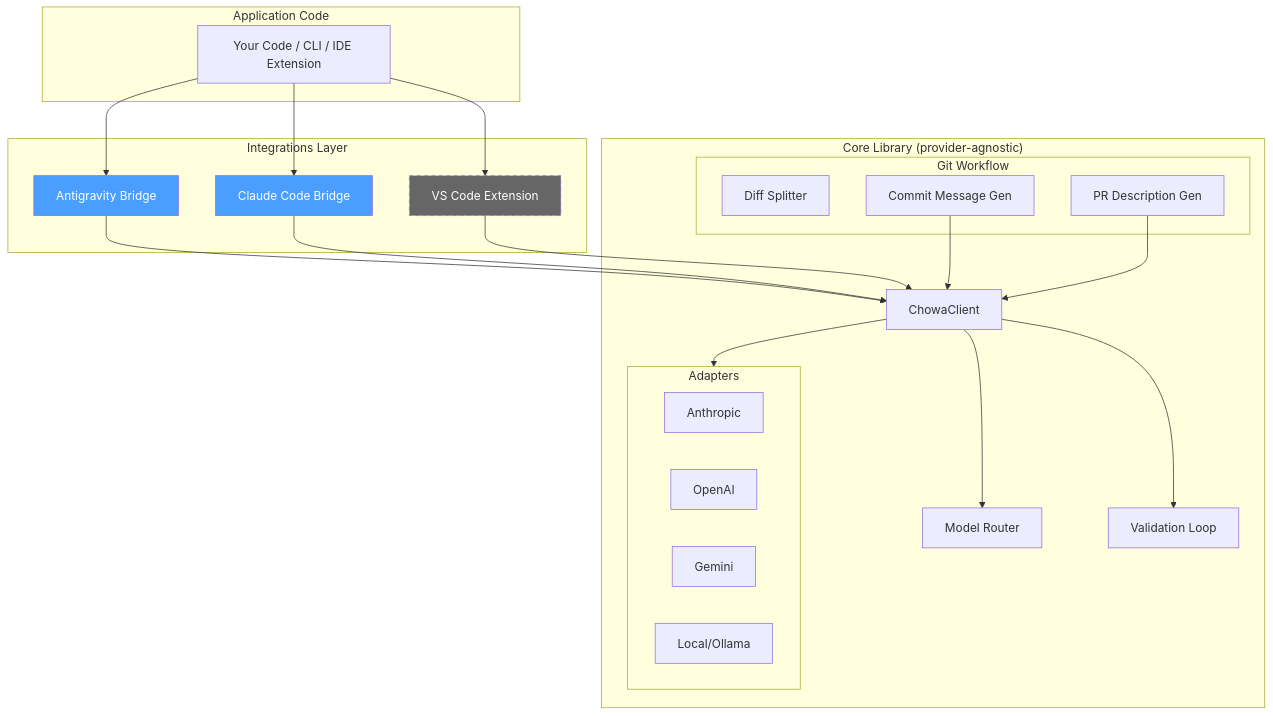
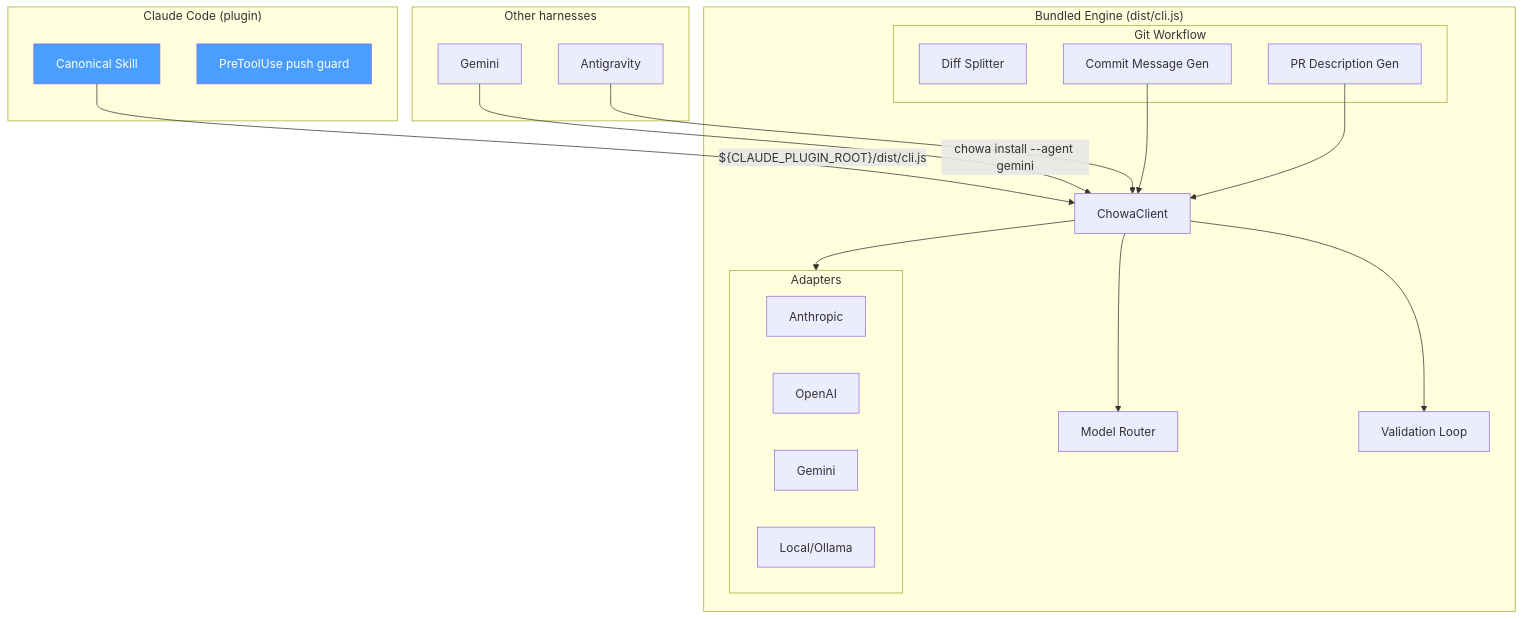
Before and after one commit to franprince/chowa: the diagram in README.md, drawn with Mermaid. The commit also changed other lines of this file, not shown here.

````diff
--- a/README.md
+++ b/README.md
@@ -20,43 +20,43 @@
 ```mermaid
 graph TD
-    subgraph "Application Code"
-        APP[Your Code / CLI / IDE Extension]
+    subgraph "Claude Code (plugin)"
+        SKILL[Canonical Skill]
+        HOOK[PreToolUse push guard]
     end
 
-    subgraph "Integrations Layer"
-        AG[Antigravity Bridge]
-        CC[Claude Code Bridge]
-        VS[VS Code Extension]
+    subgraph "Other harnesses"
+        GEM_H[Gemini]
+        AG_H[Antigravity]
     end
 
-    subgraph "Core Library (provider-agnostic)"
+    subgraph "Bundled Engine (dist/cli.js)"
         CLIENT[ChowaClient]
         ROUTER[Model Router]
         VALIDATE[Validation Loop]
 
         subgraph Adapters
             ANTH[Anthropic]
             OAI[OpenAI]
             GEM[Gemini]
             LOCAL[Local/Ollama]
         end
 
         subgraph "Git Workflow"
             SPLIT[Diff Splitter]
             COMMIT[Commit Message Gen]
             PR[PR Description Gen]
         end
     end
 
-    APP --> AG & CC & VS
-    AG & CC & VS --> CLIENT
+    SKILL -->|"${CLAUDE_PLUGIN_ROOT}/dist/cli.js"| CLIENT
+    GEM_H -->|chowa install --agent gemini| CLIENT
+    AG_H --> CLIENT
     CLIENT --> ROUTER
     CLIENT --> VALIDATE
     CLIENT --> Adapters
     COMMIT --> CLIENT
     PR --> CLIENT
 
-    style AG fill:#4a9eff,color:#fff
-    style CC fill:#4a9eff,color:#fff
-    style VS fill:#666,color:#fff,stroke-dasharray: 5 5
+    style SKILL fill:#4a9eff,color:#fff
+    style HOOK fill:#4a9eff,color:#fff
 ```
````
